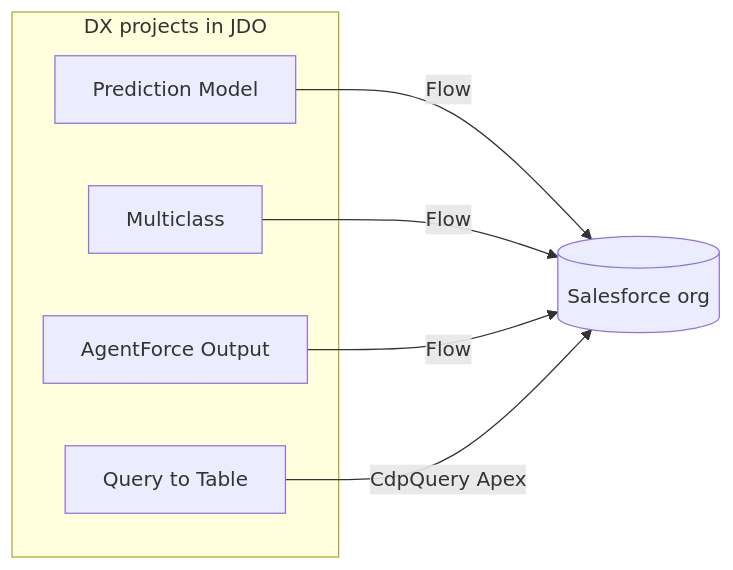
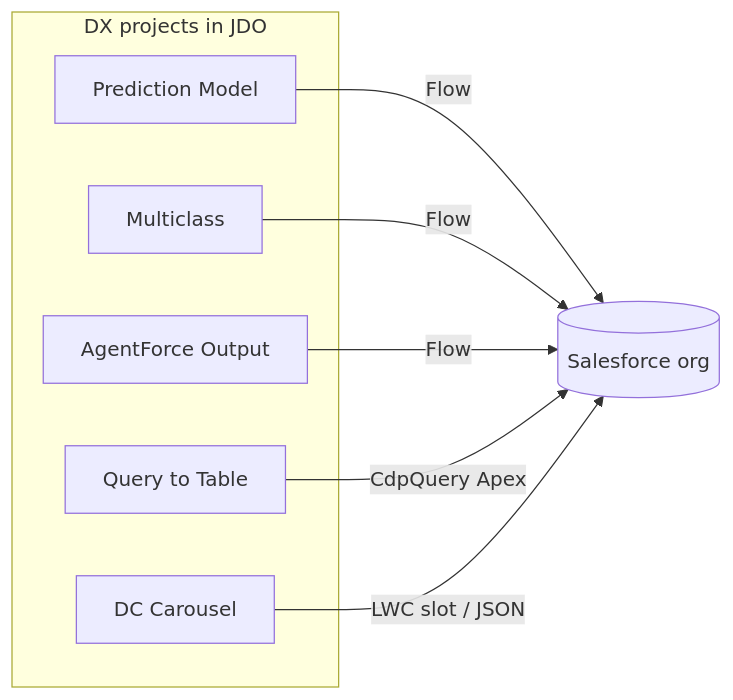
The first of 5 diagrams in docs/DIAGRAMS.md (josers18/JDO), drawn with Mermaid before and after one commit. The commit also changed 14 other files, not shown here.

First line of the commit message:
feat: add DC_Carousel_LWC (SLDS carousel, slot + JSON slides)

````diff
--- a/docs/DIAGRAMS.md
+++ b/docs/DIAGRAMS.md
@@ -7,14 +7,16 @@
 ```mermaid
 flowchart LR
     subgraph dx [DX projects in JDO]
         PM[Prediction Model]
         MC[Multiclass]
         AF[AgentForce Output]
         QT[Query to Table]
+        CR[DC Carousel]
     end
     ORG[(Salesforce org)]
     PM -->|Flow| ORG
     MC -->|Flow| ORG
     AF -->|Flow| ORG
     QT -->|CdpQuery Apex| ORG
+    CR -->|LWC slot / JSON| ORG
 ```
````
